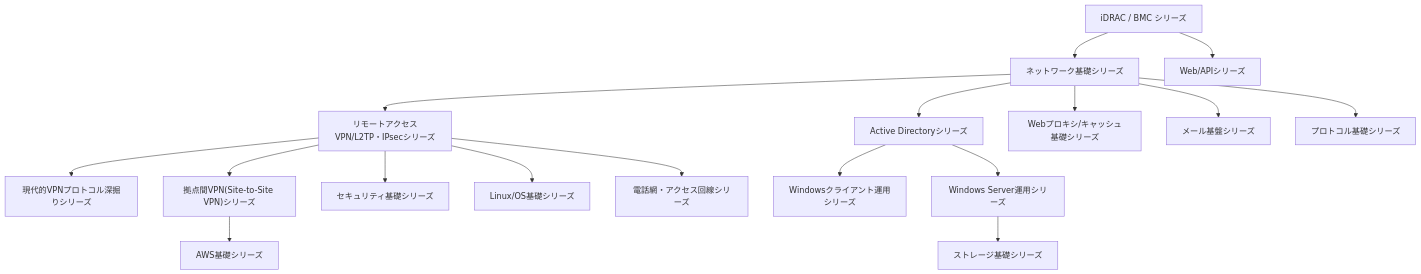
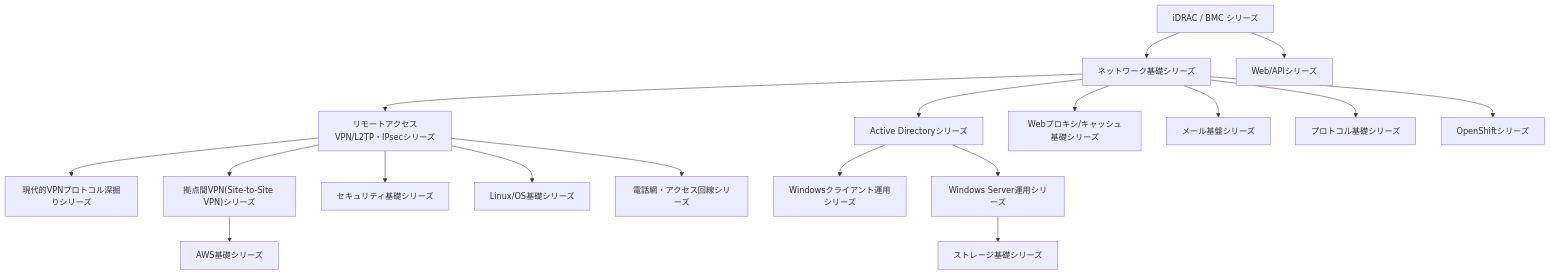
One commit to koikoi1998/koikoi-blog-20260723 changed the diagram in src/pages/sitemap.md. Above: the diagram before and after it, drawn with Mermaid. The commit also changed other lines of this file and 9 other files, not shown here.

````diff
--- a/src/pages/sitemap.md
+++ b/src/pages/sitemap.md
@@ -24,37 +24,39 @@
 ```mermaid
 graph TB
     Idrac["iDRAC / BMC シリーズ"]
     Network["ネットワーク基礎シリーズ"]
     Vpn["リモートアクセスVPN/L2TP・IPsecシリーズ"]
     ModernVpn["現代的VPNプロトコル深掘りシリーズ"]
     SiteToSite["拠点間VPN(Site-to-Site VPN)シリーズ"]
     Security["セキュリティ基礎シリーズ"]
     Linux["Linux/OS基礎シリーズ"]
     Telephony["電話網・アクセス回線シリーズ"]
     Api["Web/APIシリーズ"]
     ActiveDirectory["Active Directoryシリーズ"]
     WindowsClient["Windowsクライアント運用シリーズ"]
     WindowsServer["Windows Server運用シリーズ"]
     Storage["ストレージ基礎シリーズ"]
     WebProxy["Webプロキシ/キャッシュ基礎シリーズ"]
     AwsBasics["AWS基礎シリーズ"]
     Messaging["メール基盤シリーズ"]
     Protocol["プロトコル基礎シリーズ"]
+    OpenShift["OpenShiftシリーズ"]
 
     Idrac --> Network
     Idrac --> Api
     Network --> Vpn
     Vpn --> ModernVpn
     Vpn --> SiteToSite
     Vpn --> Security
     Vpn --> Linux
     Vpn --> Telephony
     Network --> ActiveDirectory
     ActiveDirectory --> WindowsClient
     ActiveDirectory --> WindowsServer
     WindowsServer --> Storage
     Network --> WebProxy
     SiteToSite --> AwsBasics
     Network --> Messaging
     Network --> Protocol
+    Network --> OpenShift
 ```
````
